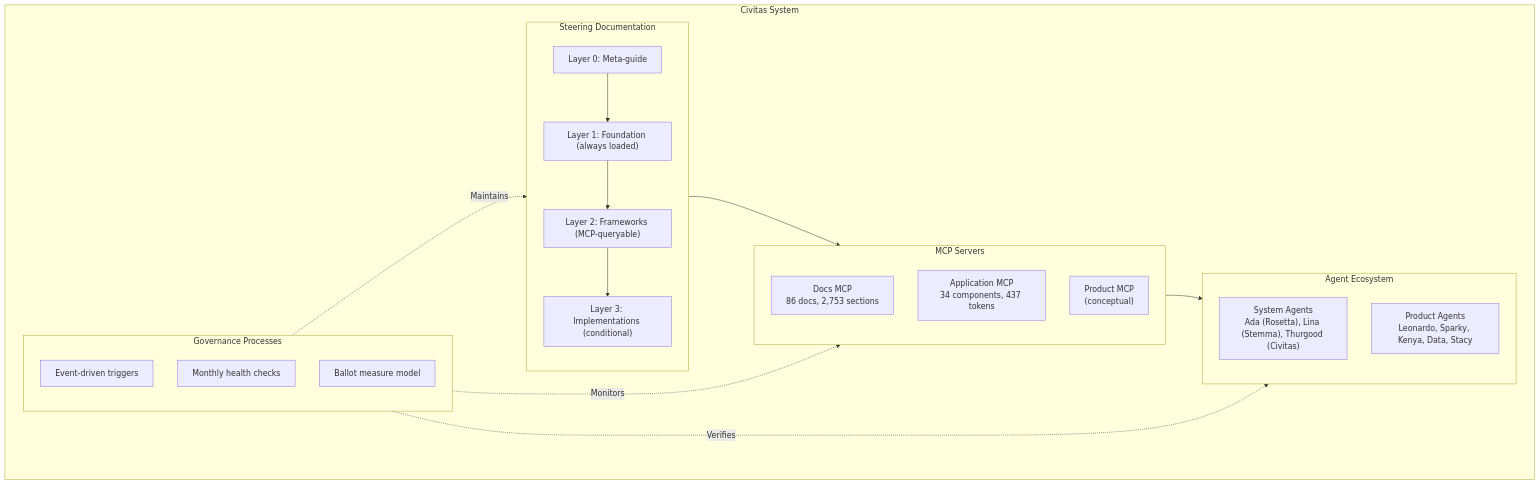
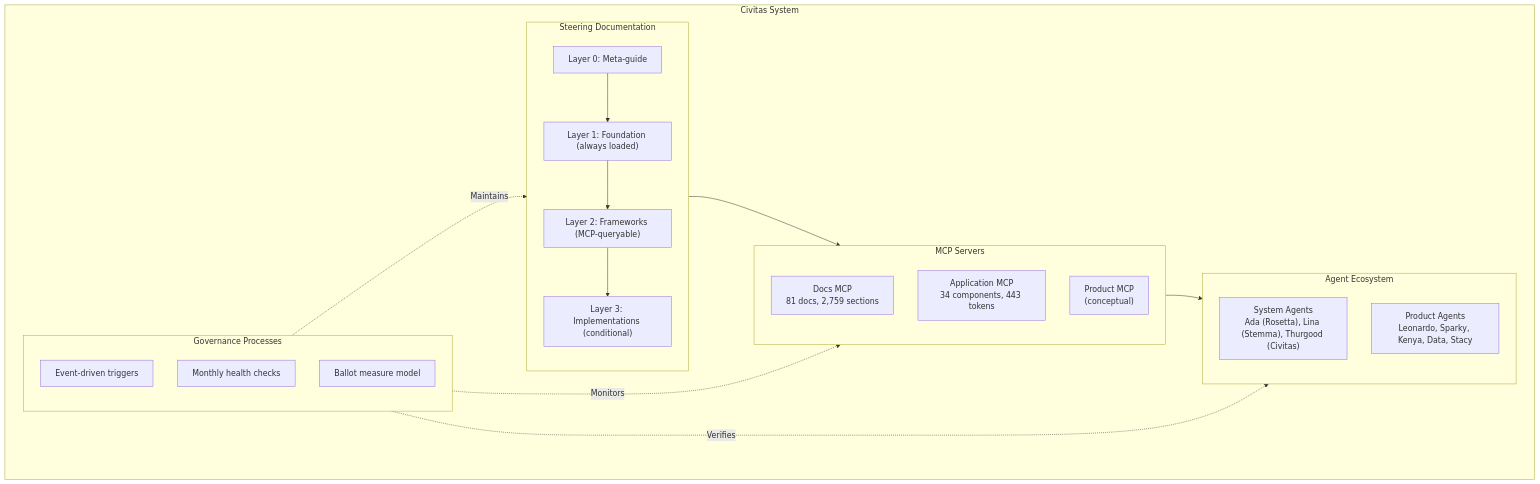
Before and after one commit to 3fn/DesignerPunk: the fourth of 6 diagrams in .kiro/steering/DesignerPunk-Systems-Overview.md, drawn with Mermaid. The commit also changed other lines of this file and 3 other files, not shown here.

````diff
--- a/.kiro/steering/DesignerPunk-Systems-Overview.md
+++ b/.kiro/steering/DesignerPunk-Systems-Overview.md
@@ -166,35 +166,35 @@
 ```mermaid
 flowchart TB
     subgraph Civitas["Civitas System"]
         subgraph Docs["Steering Documentation"]
             L0["Layer 0: Meta-guide"]
             L1["Layer 1: Foundation (always loaded)"]
             L2["Layer 2: Frameworks (MCP-queryable)"]
             L3["Layer 3: Implementations (conditional)"]
             L0 --> L1 --> L2 --> L3
         end
 
         subgraph MCPs["MCP Servers"]
-            DocsMCP["Docs MCP<br/>86 docs, 2,753 sections"]
-            AppMCP["Application MCP<br/>34 components, 437 tokens"]
+            DocsMCP["Docs MCP<br/>81 docs, 2,759 sections"]
+            AppMCP["Application MCP<br/>34 components, 443 tokens"]
             ProdMCP["Product MCP<br/>(conceptual)"]
         end
 
         subgraph Agents["Agent Ecosystem"]
             Sys["System Agents<br/>Ada (Rosetta), Lina (Stemma), Thurgood (Civitas)"]
             Prod["Product Agents<br/>Leonardo, Sparky, Kenya, Data, Stacy"]
         end
 
         subgraph Governance["Governance Processes"]
             Triggers["Event-driven triggers"]
             Cadence["Monthly health checks"]
             Ballot["Ballot measure model"]
         end
     end
 
     Docs --> MCPs
     MCPs --> Agents
     Governance -.->|"Maintains"| Docs
     Governance -.->|"Monitors"| MCPs
     Governance -.->|"Verifies"| Agents
 ```
````
